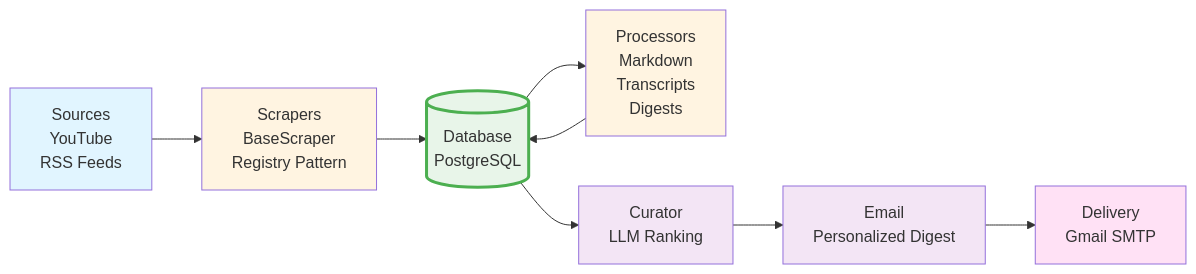
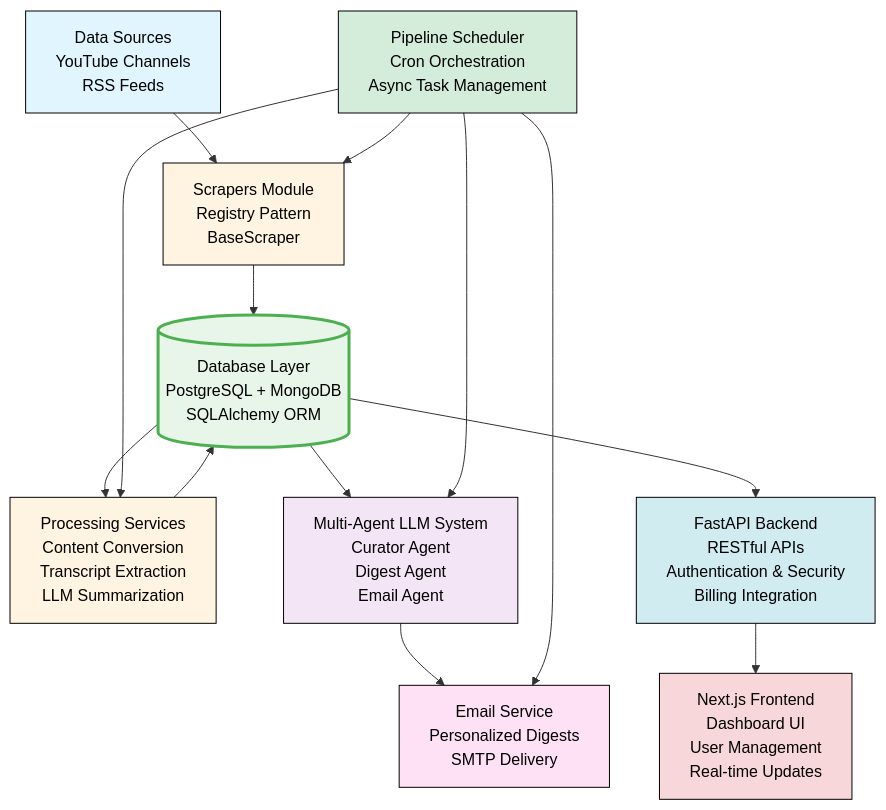
Before and after one commit to karangupta982/ainotify: the diagram in README.md, drawn with Mermaid. The commit also changed other lines of this file, not shown here.

````diff
--- a/README.md
+++ b/README.md
@@ -16,18 +26,25 @@
 ```mermaid
-graph LR
-    A[Sources<br/>YouTube<br/>RSS Feeds] --> B[Scrapers<br/>BaseScraper<br/>Registry Pattern]
-    B --> C[(Database<br/>PostgreSQL)]
-    C --> D[Processors<br/>Markdown<br/>Transcripts<br/>Digests]
+graph TD
+    A[Data Sources<br/>YouTube Channels<br/>RSS Feeds] --> B[Scrapers Module<br/>Registry Pattern<br/>BaseScraper]
+    B --> C[(Database Layer<br/>PostgreSQL + MongoDB<br/>SQLAlchemy ORM)]
+    C --> D[Processing Services<br/>Content Conversion<br/>Transcript Extraction<br/>LLM Summarization]
     D --> C
-    C --> E[Curator<br/>LLM Ranking]
-    E --> F[Email<br/>Personalized Digest]
-    F --> G[Delivery<br/>Gmail SMTP]
+    C --> E[Multi-Agent LLM System<br/>Curator Agent<br/>Digest Agent<br/>Email Agent]
+    E --> F[Email Service<br/>Personalized Digests<br/>SMTP Delivery]
+    C --> G[FastAPI Backend<br/>RESTful APIs<br/>Authentication & Security<br/>Billing Integration]
+    G --> H[Next.js Frontend<br/>Dashboard UI<br/>User Management<br/>Real-time Updates]
+    I[Pipeline Scheduler<br/>Cron Orchestration<br/>Async Task Management] --> B
+    I --> D
+    I --> E
+    I --> F
     
-    style A fill:#e1f5ff
-    style B fill:#fff4e1
-    style C fill:#e8f5e9,stroke:#4caf50,stroke-width:3px
-    style D fill:#fff4e1
-    style E fill:#f3e5f5
-    style F fill:#f3e5f5
-    style G fill:#ffe1f5
+    style A fill:#e1f5ff,color:#000,stroke:#000,stroke-width:1px
+    style B fill:#fff4e1,color:#000,stroke:#000,stroke-width:1px
+    style C fill:#e8f5e9,stroke:#4caf50,stroke-width:3px,color:#000
+    style D fill:#fff4e1,color:#000,stroke:#000,stroke-width:1px
+    style E fill:#f3e5f5,color:#000,stroke:#000,stroke-width:1px
+    style F fill:#ffe1f5,color:#000,stroke:#000,stroke-width:1px
+    style G fill:#d1ecf1,color:#000,stroke:#000,stroke-width:1px
+    style H fill:#f8d7da,color:#000,stroke:#000,stroke-width:1px
+    style I fill:#d4edda,color:#000,stroke:#000,stroke-width:1px
 ```
````
